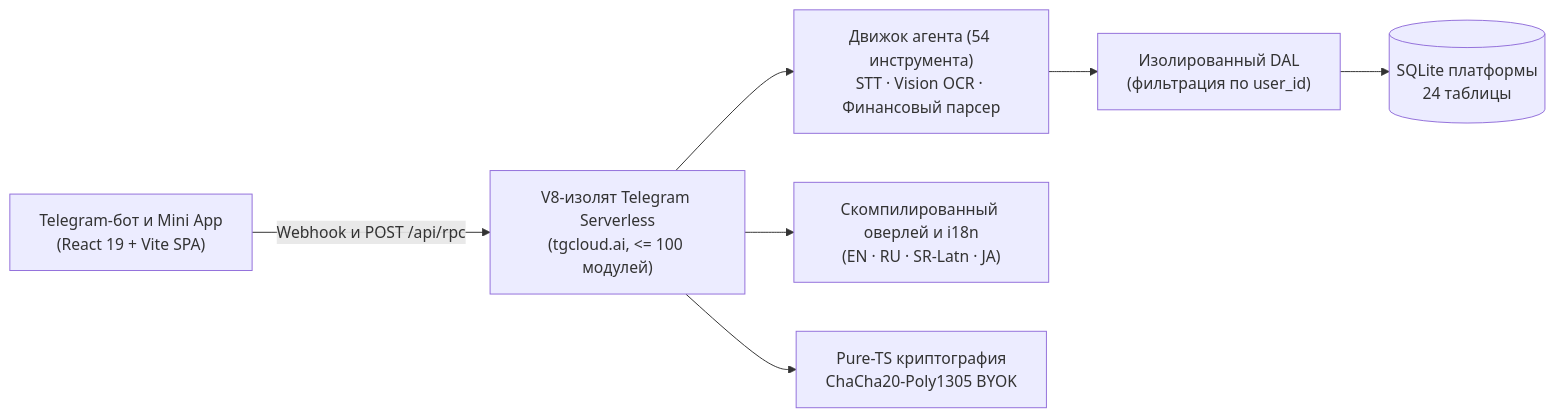
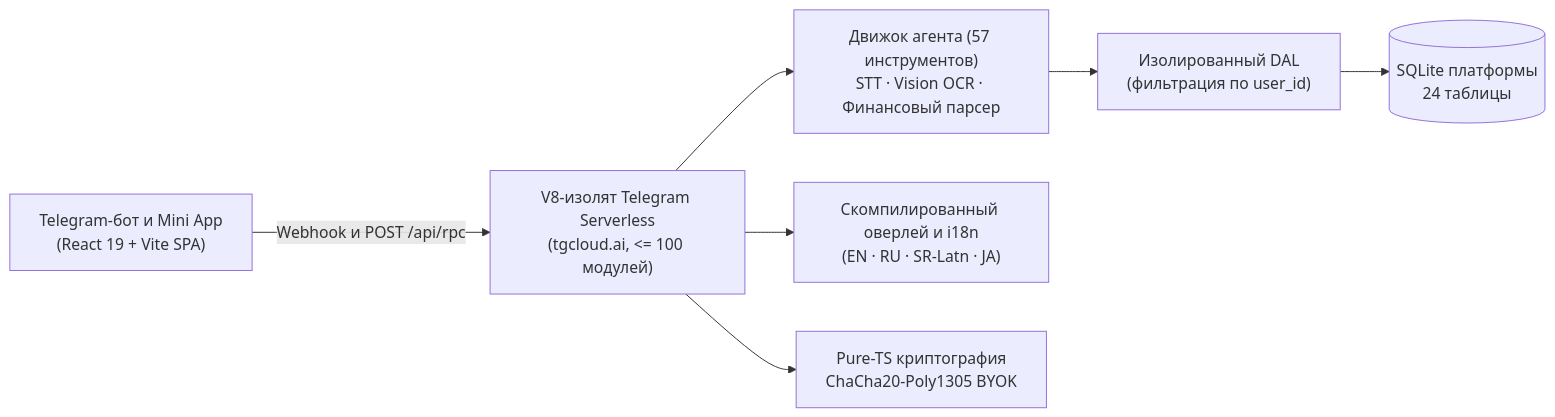
Before and after one commit to ValDagon/tokio: the diagram in README.ru.md, drawn with Mermaid. The commit also changed 18 other files, not shown here.

````diff
--- a/README.ru.md
+++ b/README.ru.md
@@ -22,9 +22,9 @@
 ```mermaid
 flowchart LR
   TG["Telegram-бот и Mini App<br/>(React 19 + Vite SPA)"] -->|Webhook и POST /api/rpc| ISO["V8-изолят Telegram Serverless<br/>(tgcloud.ai, <= 100 модулей)"]
-  ISO --> AGENT["Движок агента (54 инструмента)<br/>STT · Vision OCR · Финансовый парсер"]
+  ISO --> AGENT["Движок агента (57 инструментов)<br/>STT · Vision OCR · Финансовый парсер"]
   ISO --> OVERLAY["Скомпилированный оверлей и i18n<br/>(EN · RU · SR-Latn · JA)"]
   ISO --> CRYPTO["Pure-TS криптография<br/>ChaCha20-Poly1305 BYOK"]
   AGENT --> DAL["Изолированный DAL<br/>(фильтрация по user_id)"]
   DAL --> DB[("SQLite платформы<br/>24 таблицы")]
 ```
````
